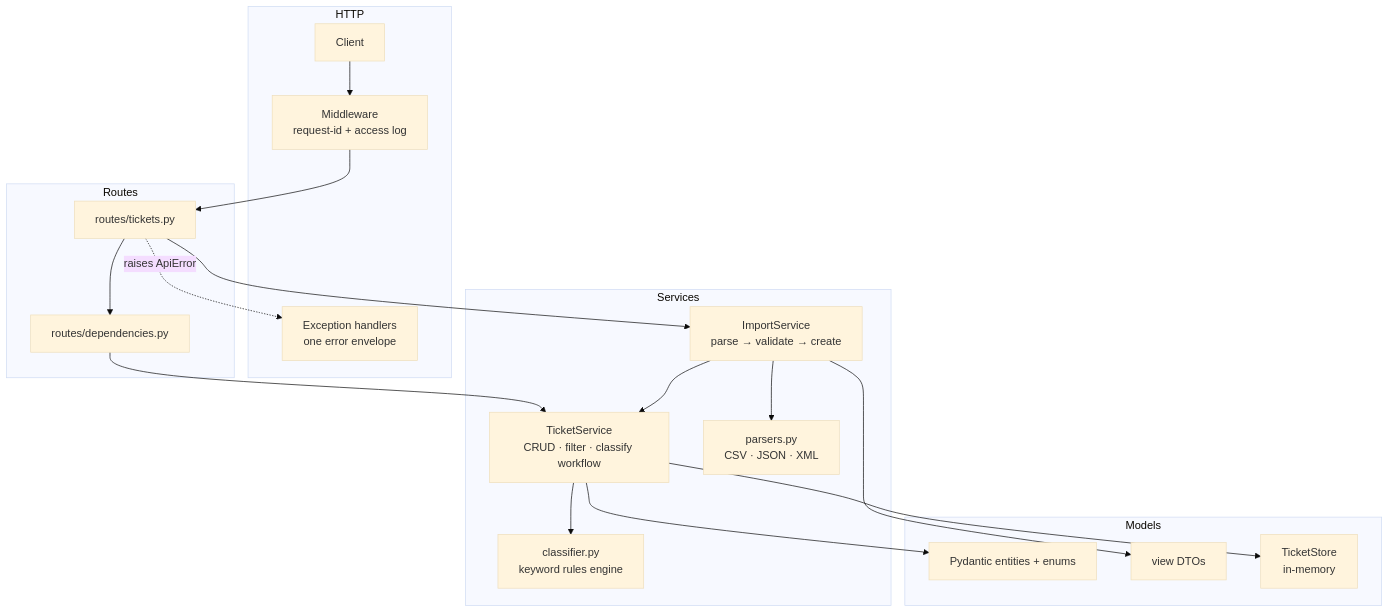
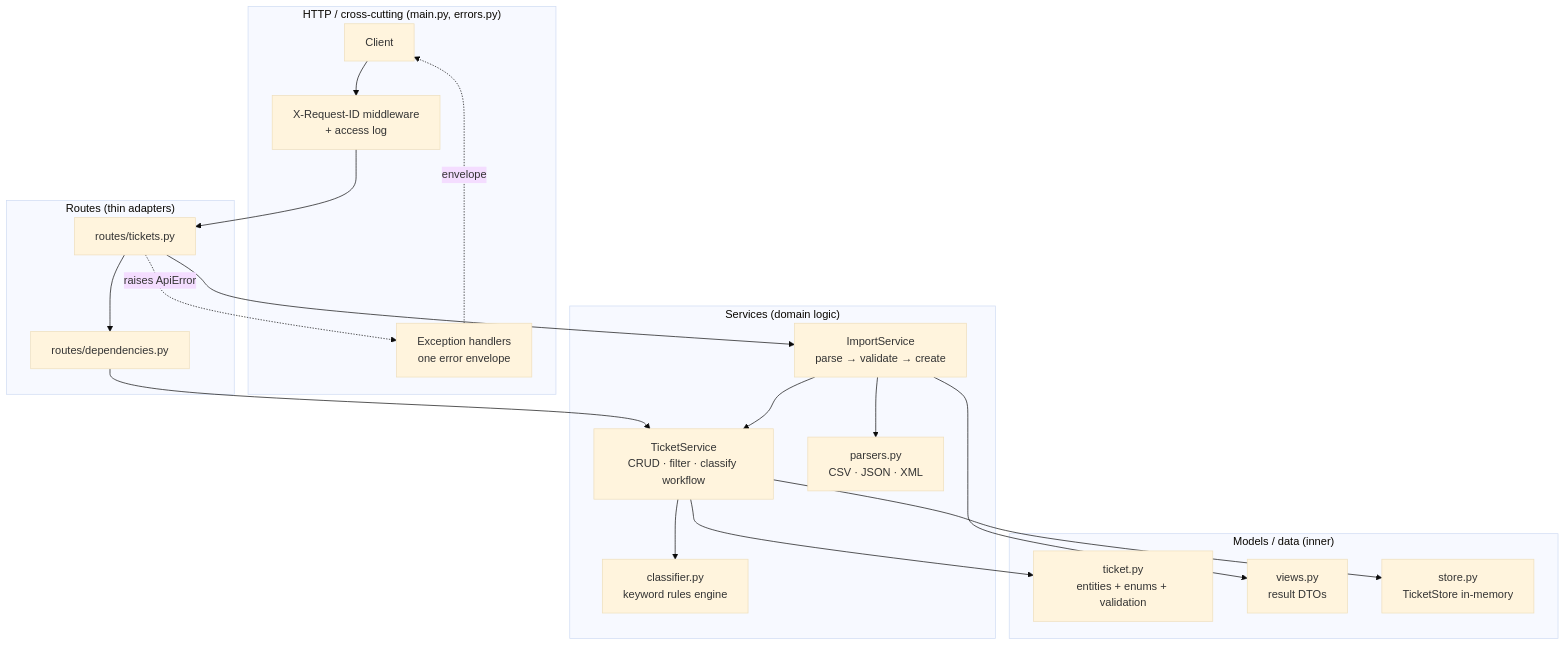
The first of 3 diagrams in homework-2/docs/ARCHITECTURE.md (tsanm/gen-ai-software-engineering), drawn with Mermaid (base theme) before and after one commit. The commit also changed other lines of this file and 7 other files, not shown here.

````diff
--- a/homework-2/docs/ARCHITECTURE.md
+++ b/homework-2/docs/ARCHITECTURE.md
@@ -5,34 +18,35 @@
 ```mermaid
 flowchart TD
-    subgraph HTTP
+    subgraph HTTP["HTTP / cross-cutting (main.py, errors.py)"]
       C[Client]
-      MW[Middleware<br/>request-id + access log]
+      MW[X-Request-ID middleware<br/>+ access log]
       EH[Exception handlers<br/>one error envelope]
     end
-    subgraph Routes
+    subgraph Routes["Routes (thin adapters)"]
       R[routes/tickets.py]
       D[routes/dependencies.py]
     end
-    subgraph Services
+    subgraph Services["Services (domain logic)"]
       TS[TicketService<br/>CRUD · filter · classify workflow]
       IS[ImportService<br/>parse → validate → create]
       PA[parsers.py<br/>CSV · JSON · XML]
       CL[classifier.py<br/>keyword rules engine]
     end
-    subgraph Models
-      M[Pydantic entities + enums]
-      V[view DTOs]
-      ST[TicketStore<br/>in-memory]
+    subgraph Models["Models / data (inner)"]
+      M[ticket.py<br/>entities + enums + validation]
+      V[views.py<br/>result DTOs]
+      ST[store.py<br/>TicketStore in-memory]
     end
 
     C --> MW --> R
     R --> D --> TS
     R --> IS
     IS --> PA
     IS --> TS
     TS --> CL
     TS --> ST
     R -. raises ApiError .-> EH
+    EH -. envelope .-> C
     TS --> M
     IS --> V
 ```
````
